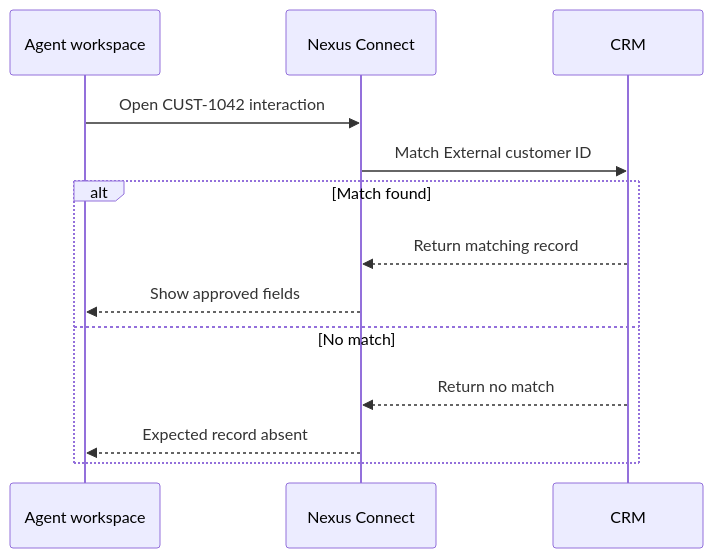
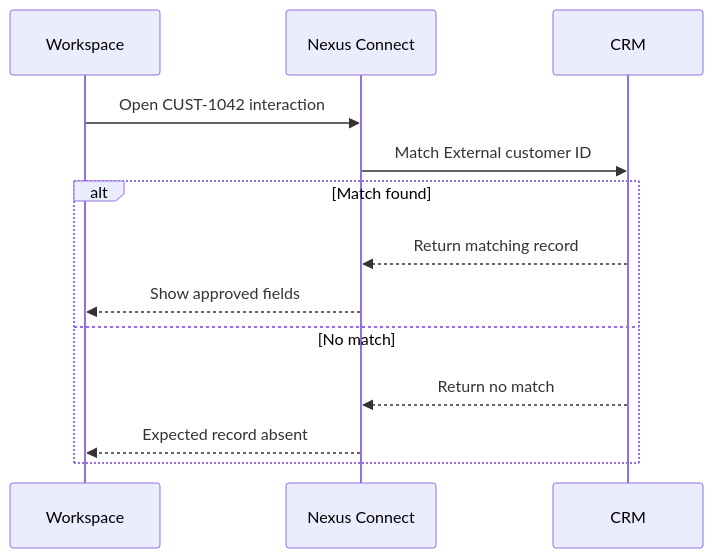
One commit to baysalkerem/technical-writing-portfolio changed the diagram in docs/integrations/crm-connection.md. Above: the diagram before and after it, drawn with Mermaid. The commit also changed other lines of this file and 11 other files, not shown here.

````diff
--- a/docs/integrations/crm-connection.md
+++ b/docs/integrations/crm-connection.md
@@ -31,17 +37,17 @@
 ```mermaid
 sequenceDiagram
     accTitle: CRM record lookup for a test interaction
-    accDescr: The agent opens an interaction with Customer ID CUST-1042. Nexus Connect looks up a CRM record with the same External customer ID. On a match, the Customer panel displays approved fields. If the expected record is missing, verify the mapping and test data.
-    participant Workspace as Agent workspace
+    accDescr: The agent opens an interaction with Customer ID CUST-1042 in Nexus Connect Workspace. Nexus Connect looks up a CRM record with the same External customer ID. On a match, the Customer panel displays approved fields. If the expected record is missing, verify the mapping and test data.
+    participant Workspace
     participant Nexus as Nexus Connect
     participant CRM
     Workspace->>Nexus: Open CUST-1042 interaction
     Nexus->>CRM: Match External customer ID
     alt Match found
         CRM-->>Nexus: Return matching record
         Nexus-->>Workspace: Show approved fields
     else No match
         CRM-->>Nexus: Return no match
         Nexus-->>Workspace: Expected record absent
     end
 ```
````
